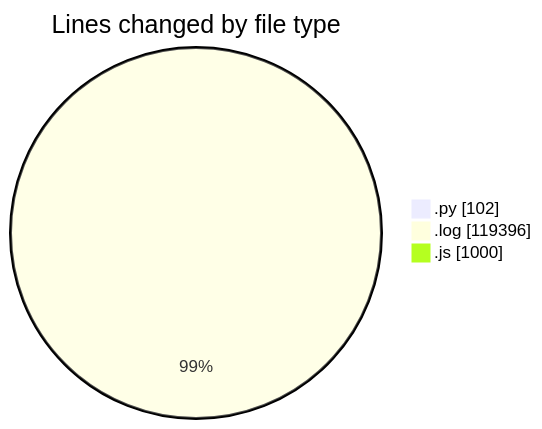
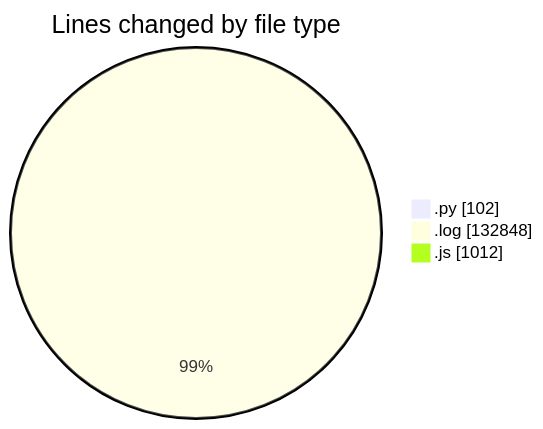
Before and after one commit to nxtqubesakshisongat/code-tracking: the first of 2 diagrams in 2025-04-11/nxtqube_webapp/README.md, drawn with Mermaid. The commit also changed other lines of this file and 1 other file, not shown here.

````diff
--- a/2025-04-11/nxtqube_webapp/README.md
+++ b/2025-04-11/nxtqube_webapp/README.md
@@ -25,7 +25,7 @@
 ```mermaid
 pie showData
 title Lines changed by file type
 ".py" : 102
-".log" : 119396
-".js" : 1000
+".log" : 132848
+".js" : 1012
 ```
````
